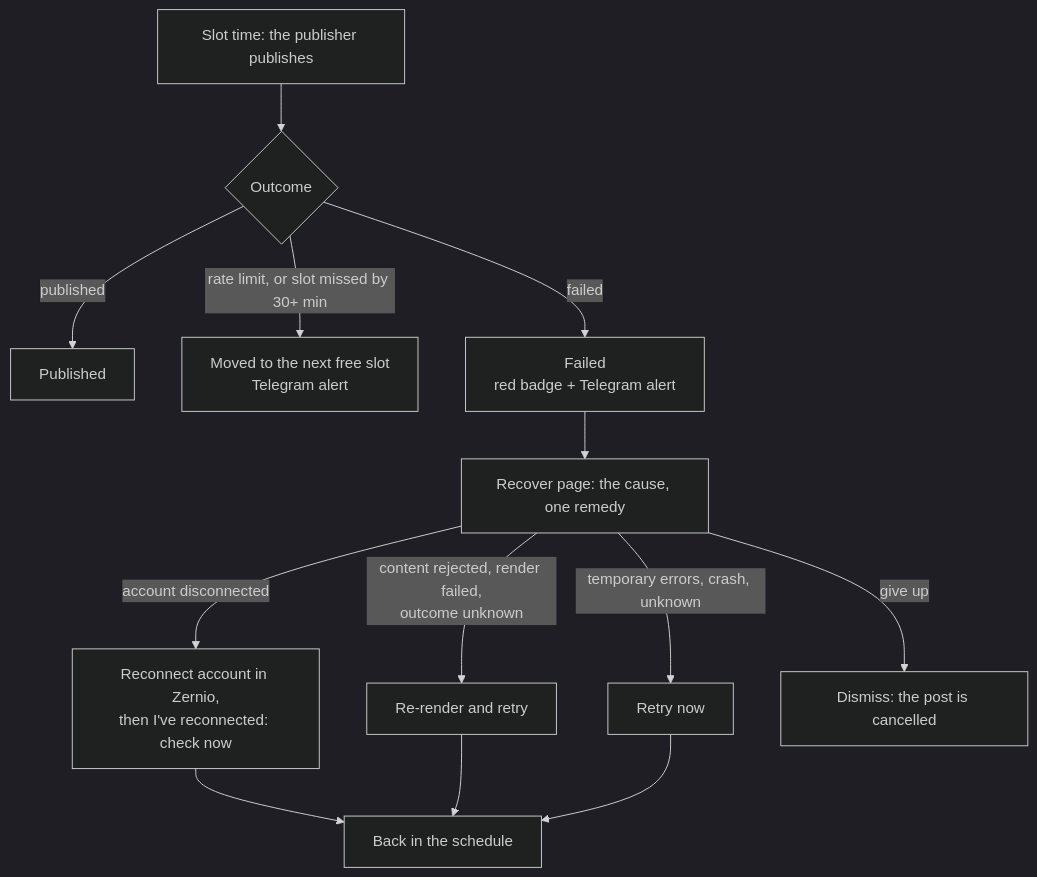
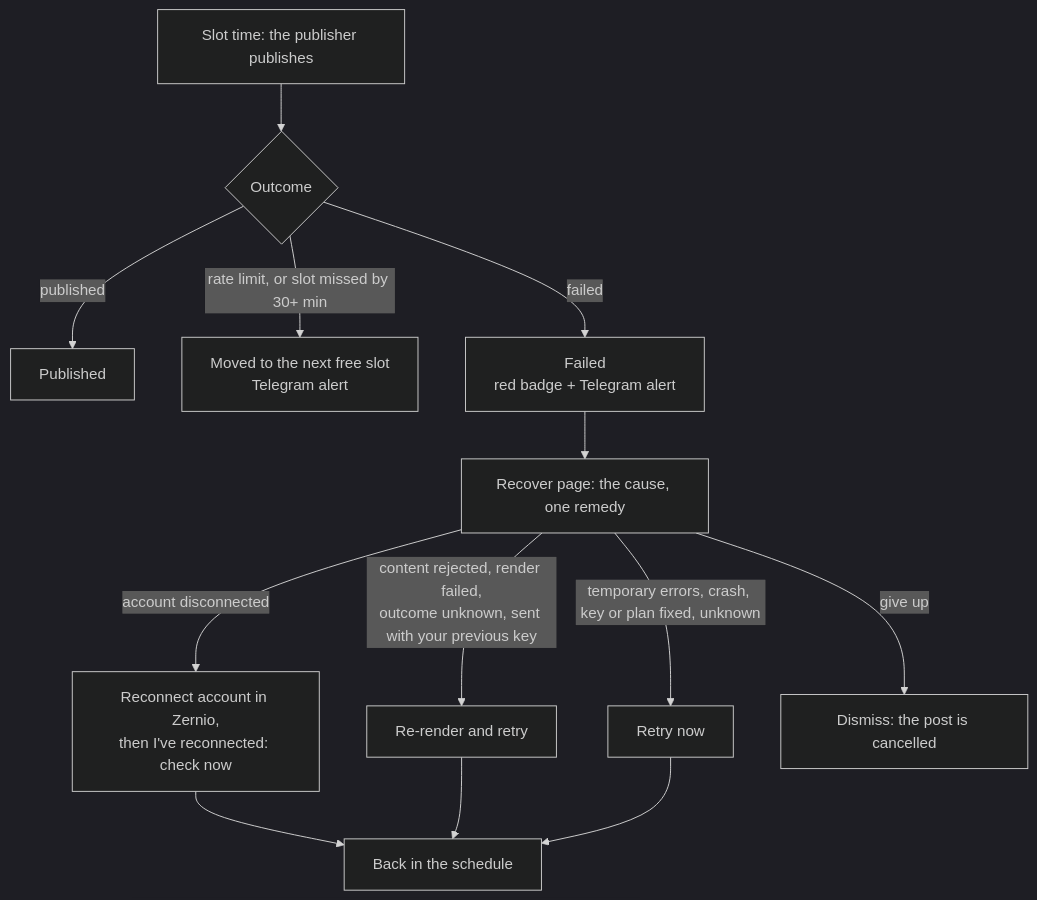
The third of 8 diagrams in docs/workflows.md (paramshah07/Marketing-and-Clipping-Platform), drawn with Mermaid (dark theme) before and after one commit. The commit also changed other lines of this file and 26 other files, not shown here.

````diff
--- a/docs/workflows.md
+++ b/docs/workflows.md
@@ -55,15 +109,15 @@
 ```mermaid
 flowchart TD
   slot["Slot time: the publisher publishes"] --> z{"Outcome"}
   z -->|published| done["Published"]
   z -->|"rate limit, or slot missed by 30+ min"| moved["Moved to the next free slot<br/>Telegram alert"]
   z -->|failed| failed["Failed<br/>red badge + Telegram alert"]
   failed --> rec["Recover page: the cause, one remedy"]
   rec -->|"account disconnected"| rc["Reconnect account in Zernio,<br/>then I've reconnected: check now"]
-  rec -->|"content rejected, render failed,<br/>outcome unknown"| rr["Re-render and retry"]
-  rec -->|"temporary errors, crash, unknown"| rn["Retry now"]
+  rec -->|"content rejected, render failed,<br/>outcome unknown, sent with your previous key"| rr["Re-render and retry"]
+  rec -->|"temporary errors, crash, key or plan fixed, unknown"| rn["Retry now"]
   rec -->|"give up"| dis["Dismiss: the post is cancelled"]
   rc --> back["Back in the schedule"]
   rr --> back
   rn --> back
 ```
````
